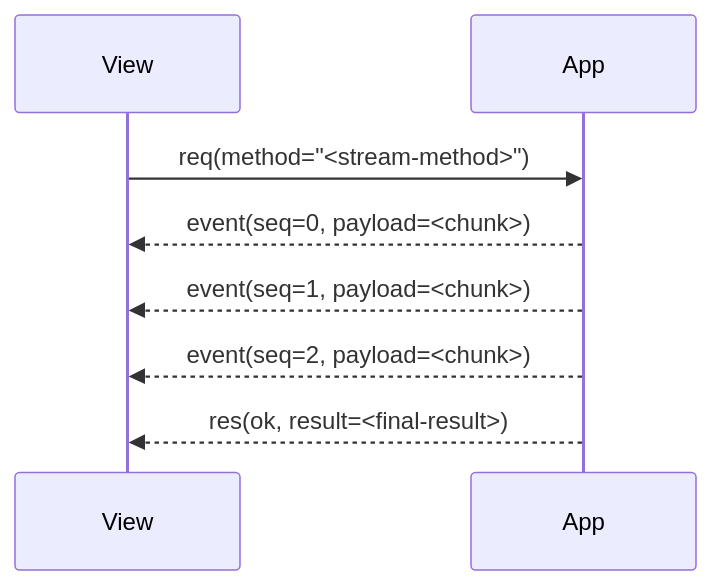
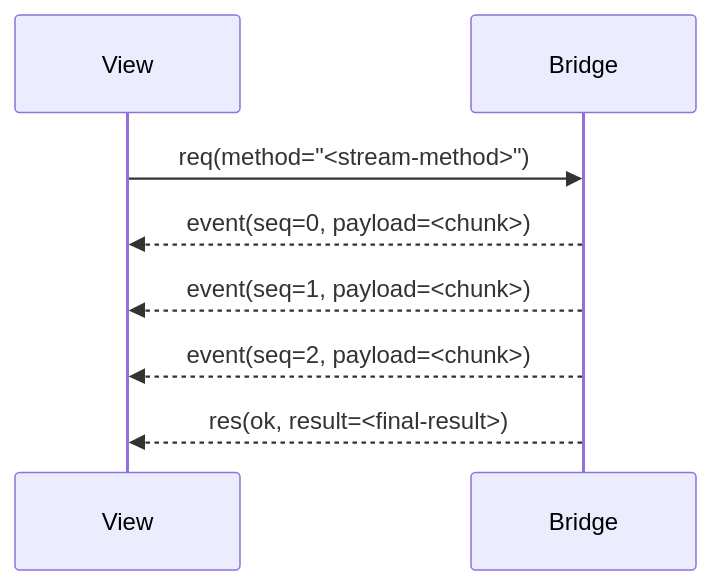
Before and after one commit to LingXia-Dev/LingXia: the third of 8 diagrams in docs/internal/bridge-protocol.md, drawn with Mermaid. The commit also changed other lines of this file, not shown here.

Commit message:
docs(bridge): refine bridge protocol spec and flow semantics

````diff
--- a/docs/internal/bridge-protocol.md
+++ b/docs/internal/bridge-protocol.md
@@ -498,10 +553,10 @@
 ```mermaid
 sequenceDiagram
   participant View
-  participant App
-  View->>App: req(method="<stream-method>")
-  App-->>View: event(seq=0, payload=<chunk>)
-  App-->>View: event(seq=1, payload=<chunk>)
-  App-->>View: event(seq=2, payload=<chunk>)
-  App-->>View: res(ok, result=<final-result>)
+  participant Bridge
+  View->>Bridge: req(method="<stream-method>")
+  Bridge-->>View: event(seq=0, payload=<chunk>)
+  Bridge-->>View: event(seq=1, payload=<chunk>)
+  Bridge-->>View: event(seq=2, payload=<chunk>)
+  Bridge-->>View: res(ok, result=<final-result>)
 ```
````
